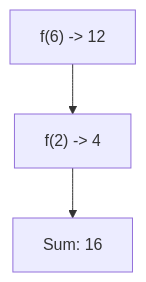
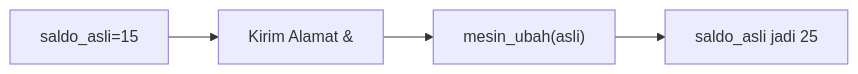
Before and after one commit to amnahwaida/OSNK_INF_PREP: the seventh of 25 diagrams in part-c-pemahaman-cpp/04-fungsi/latihan/set-04.md, drawn with Mermaid. The commit also changed other lines of this file and 71 other files, not shown here.

````diff
--- a/part-c-pemahaman-cpp/04-fungsi/latihan/set-04.md
+++ b/part-c-pemahaman-cpp/04-fungsi/latihan/set-04.md
@@ -180,5 +189,6 @@
 ```mermaid
-graph TD
-A["f(6) -> 12"] --> B["f(2) -> 4"]
-B --> C["Sum: 16"]
+graph LR
+A["saldo_asli=15"] --> B["Kirim Alamat &"]
+B --> C["mesin_ubah(asli)"]
+C --> D["saldo_asli jadi 25"]
 ```
````
